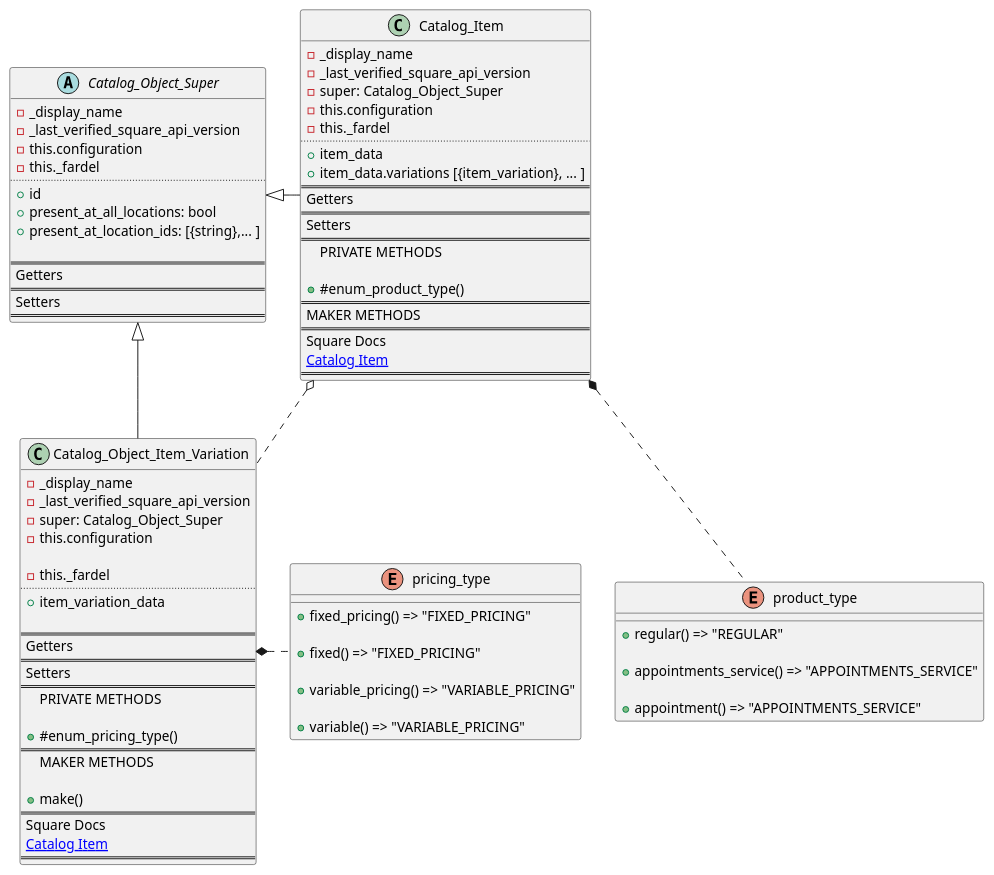
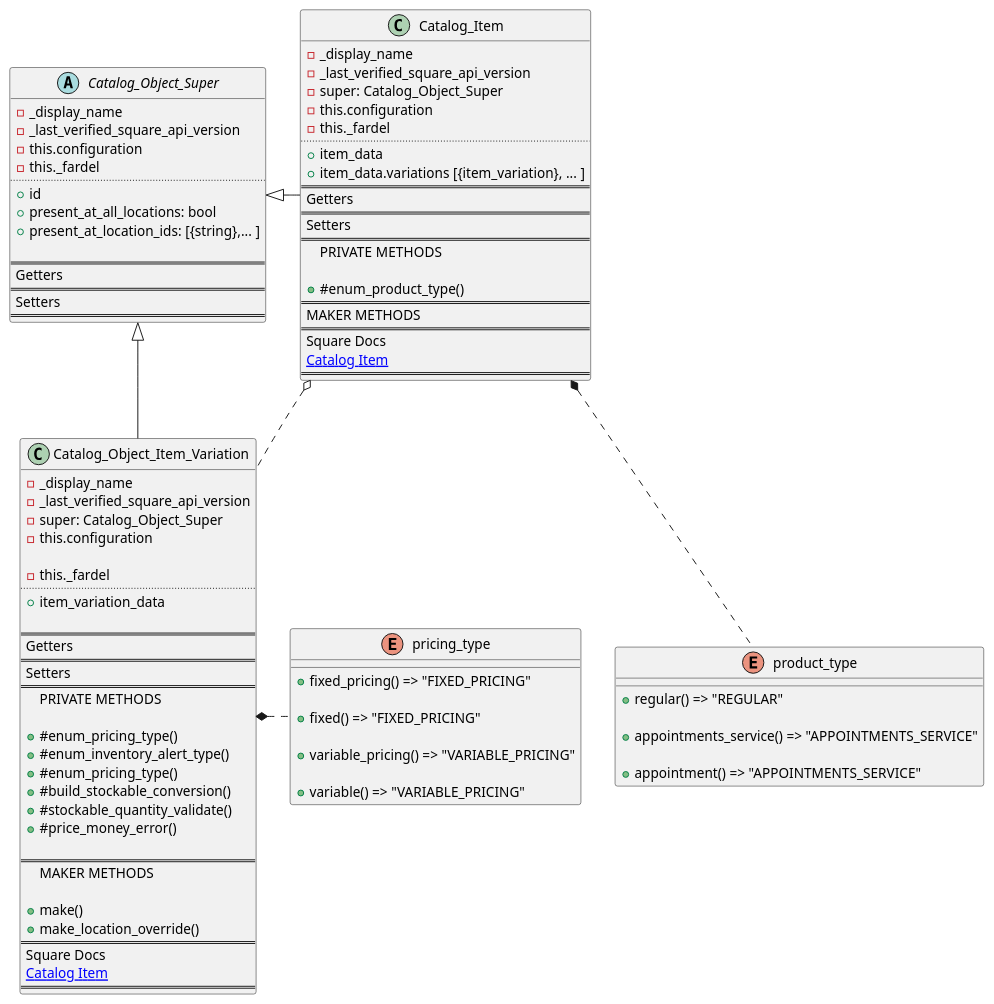
The diagram in docs/uml/pie_catalog_objects.puml (TwoFistedJustice/square-pie), drawn with PlantUML before and after one commit.

Commit message:
docs: update uml diagram for item_variation

```diff
--- a/docs/uml/pie_catalog_objects.puml
+++ b/docs/uml/pie_catalog_objects.puml
@@ -1,103 +1,110 @@
 @startuml
 'https://plantuml.com/class-diagram
 
 ' arrows with one dash display horizontally
 ' arrows with two dashes display vertically
 
 Catalog_Object_Super <|- Catalog_Item
 Catalog_Object_Super <|- Catalog_Object_Item_Variation
 Catalog_Object_Item_Variation *. pricing_type
 Catalog_Item *.. product_type
 Catalog_Item o.. Catalog_Object_Item_Variation
 
 abstract class Catalog_Object_Super {
 - _display_name
 - _last_verified_square_api_version
 - this.configuration
 - this._fardel
 ..
 +id
 +present_at_all_locations: bool
 +present_at_location_ids: [{string},... ]
 
 ==
 Getters
 ==
 Setters
 ==
 }
 
 class Catalog_Item{
 - _display_name
 - _last_verified_square_api_version
 - super: Catalog_Object_Super
 - this.configuration
 - this._fardel
 ..
 + item_data
 + item_data.variations [{item_variation}, ... ]
 ==
 Getters
 ==
 Setters
 ==
 PRIVATE METHODS
 
 +#enum_product_type()
 ==
 MAKER METHODS
 ==
 Square Docs
 [[https://developer.squareup.com/reference/square/objects/CatalogItem Catalog Item]]
 ==
 }
 
 class Catalog_Object_Item_Variation{
 -_display_name
 -_last_verified_square_api_version
 -super: Catalog_Object_Super
 -this.configuration
 
 -this._fardel
 ..
 +item_variation_data
 
 ==
 Getters
 ==
 Setters
 ==
 PRIVATE METHODS
 
 +#enum_pricing_type()
++#enum_inventory_alert_type()
++#enum_pricing_type()
++#build_stockable_conversion()
++#stockable_quantity_validate()
++#price_money_error()
+
 ==
 MAKER METHODS
 
 +make()
++make_location_override()
 ==
 Square Docs
 [[https://developer.squareup.com/reference/square/objects/CatalogItemVariation Catalog Item]]
 ==
 }
 
 
 
 enum product_type {
 +regular() => "REGULAR"
 
 +appointments_service() => "APPOINTMENTS_SERVICE"
 
 +appointment() => "APPOINTMENTS_SERVICE"
 }
 
 enum pricing_type {
 +fixed_pricing() => "FIXED_PRICING"
 
 +fixed() => "FIXED_PRICING"
 
 +variable_pricing() => "VARIABLE_PRICING"
 
 +variable() => "VARIABLE_PRICING"
 }
 
 @enduml
```
